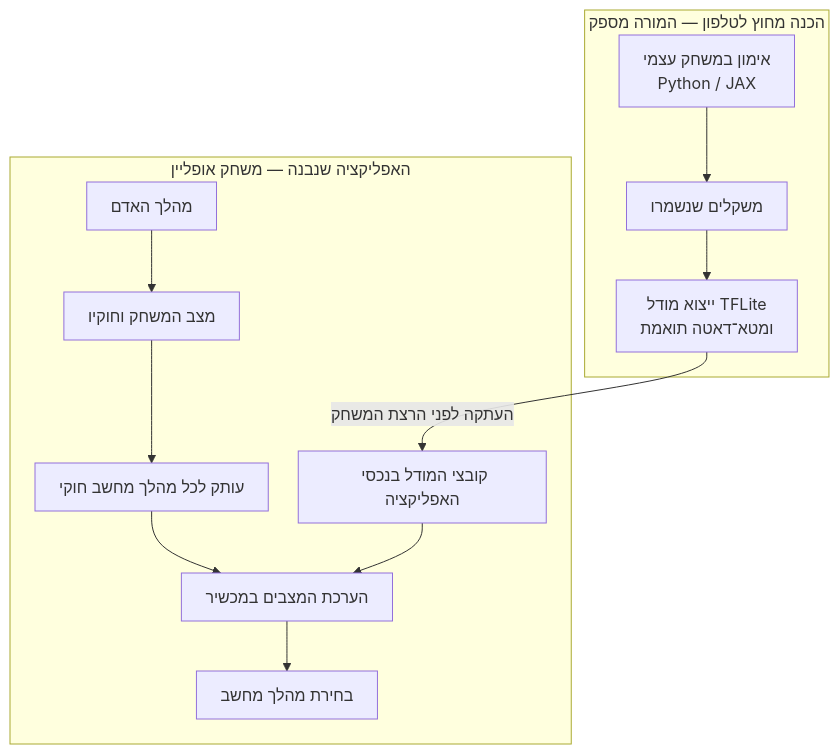
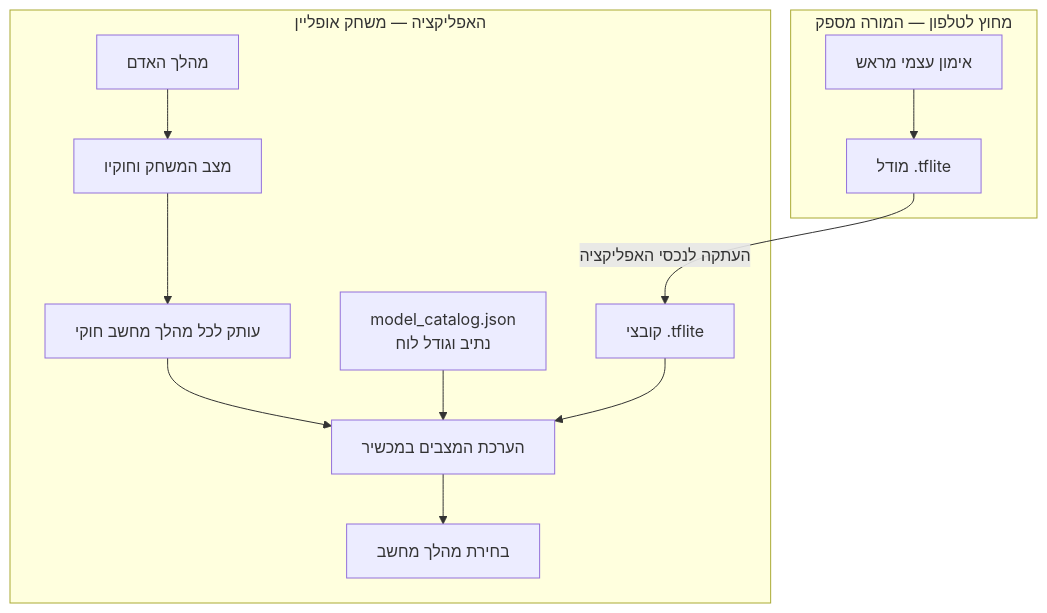
One commit to 3strategy/BeautifulMivney changed the first of 2 diagrams in android/hex5/index.md. Above: the diagram before and after it, drawn with Mermaid. The commit also changed other lines of this file and 10 other files, not shown here.

````diff
--- a/android/hex5/index.md
+++ b/android/hex5/index.md
@@ -24,18 +22,18 @@
-```mermaid
-%%{init: {'flowchart': {'rankSpacing': 50, 'nodeSpacing': 30, 'padding': 12}}}%%
+~~~mermaid
 %% dir: rtl %%
 flowchart TB
-    subgraph preparation["הכנה מחוץ לטלפון — המורה מספק"]
-        training["אימון במשחק עצמי<br/>Python / JAX"] --> weights["משקלים שנשמרו"]
-        weights --> files["ייצוא מודל TFLite<br/>ומטא־דאטה תואמת"]
+    subgraph preparation["מחוץ לטלפון — המורה מספק"]
+        training["אימון עצמי מראש"] --> tflite["מודל .tflite"]
     end
-    subgraph app["האפליקציה שנבנה — משחק אופליין"]
-        assets["קובצי המודל בנכסי האפליקציה"]
+    subgraph app["האפליקציה — משחק אופליין"]
+        catalog["model_catalog.json<br/>נתיב וגודל לוח"]
+        assets["קובצי .tflite"]
         human["מהלך האדם"] --> game["מצב המשחק וחוקיו"]
         game --> candidates["עותק לכל מהלך מחשב חוקי"]
         candidates --> values["הערכת המצבים במכשיר"]
+        catalog --> values
         assets --> values
         values --> move["בחירת מהלך מחשב"]
     end
-    files -->|"העתקה לפני הרצת המשחק"| assets
-```
+    tflite -->|"העתקה לנכסי האפליקציה"| assets
+~~~
````
